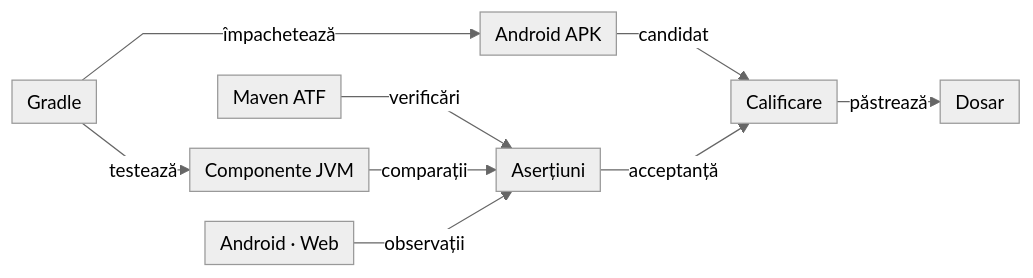
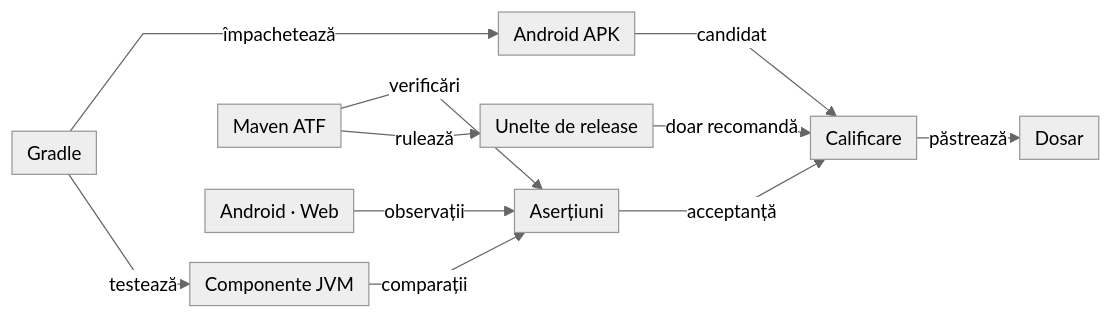
One commit to crististefanita/whist changed the third of 4 diagrams in README.md. Above: the diagram before and after it, drawn with Mermaid. The commit also changed other lines of this file and 18 other files, not shown here.

Commit message:
docs: synchronize Romanian release-tools guidance

````diff
--- a/README.md
+++ b/README.md
@@ -129,20 +131,23 @@
 ```mermaid
 %%{init: {"theme":"neutral","themeVariables":{"fontSize":"15px"},"themeCSS":".edgeLabel, .edgeLabel p { font-size: 12px !important; } .node rect { rx: 6px; ry: 6px; }","flowchart":{"curve":"linear","nodeSpacing":24,"rankSpacing":20,"padding":6},"sequence":{"mirrorActors":false,"messageMargin":24}}}%%
 flowchart LR
     Gradle["Gradle"]
     APK["Android APK"]
     JVM["Componente JVM"]
     Maven["Maven ATF"]
+    ReleaseTools["Unelte de release"]
     Platform["Android · Web"]
     Evidence["Aserțiuni"]
     Gate["Calificare"]
     Dossier["Dosar"]
     Gradle -->|împachetează| APK
     Gradle -->|testează| JVM
     Maven -->|verificări| Evidence
     JVM -->|comparații| Evidence
+    Maven -->|rulează| ReleaseTools
     APK -->|candidat| Gate
     Platform -->|observații| Evidence
     Evidence -->|acceptanță| Gate
+    ReleaseTools -->|doar recomandă| Gate
     Gate -->|păstrează| Dossier
 ```
````
